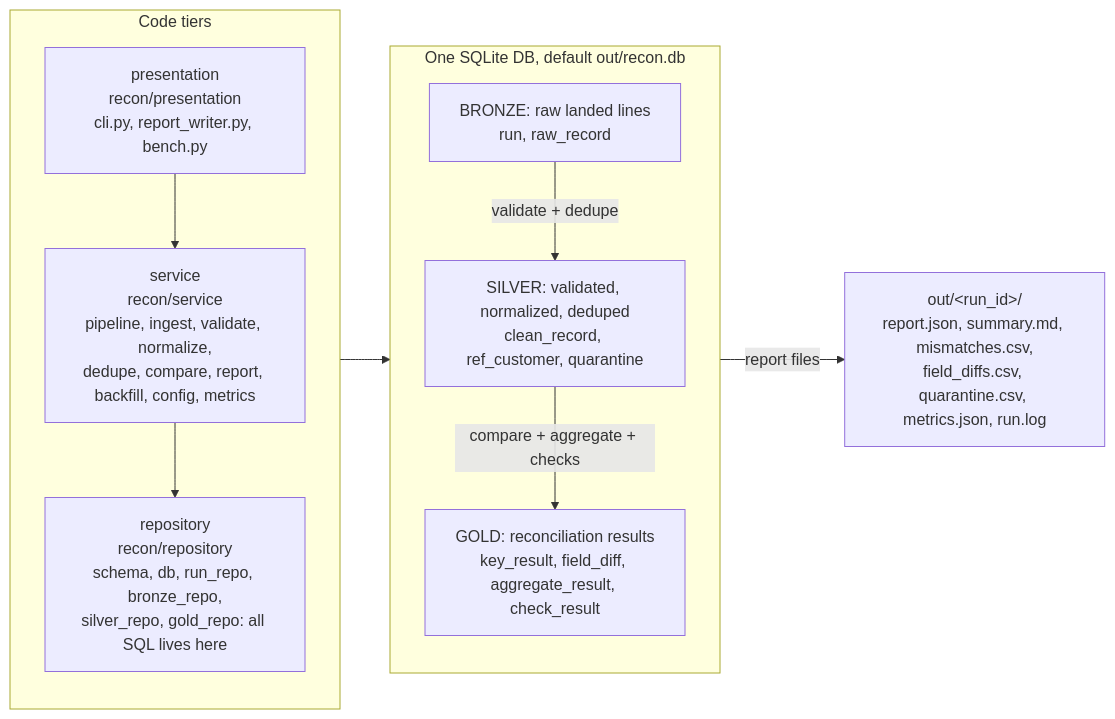
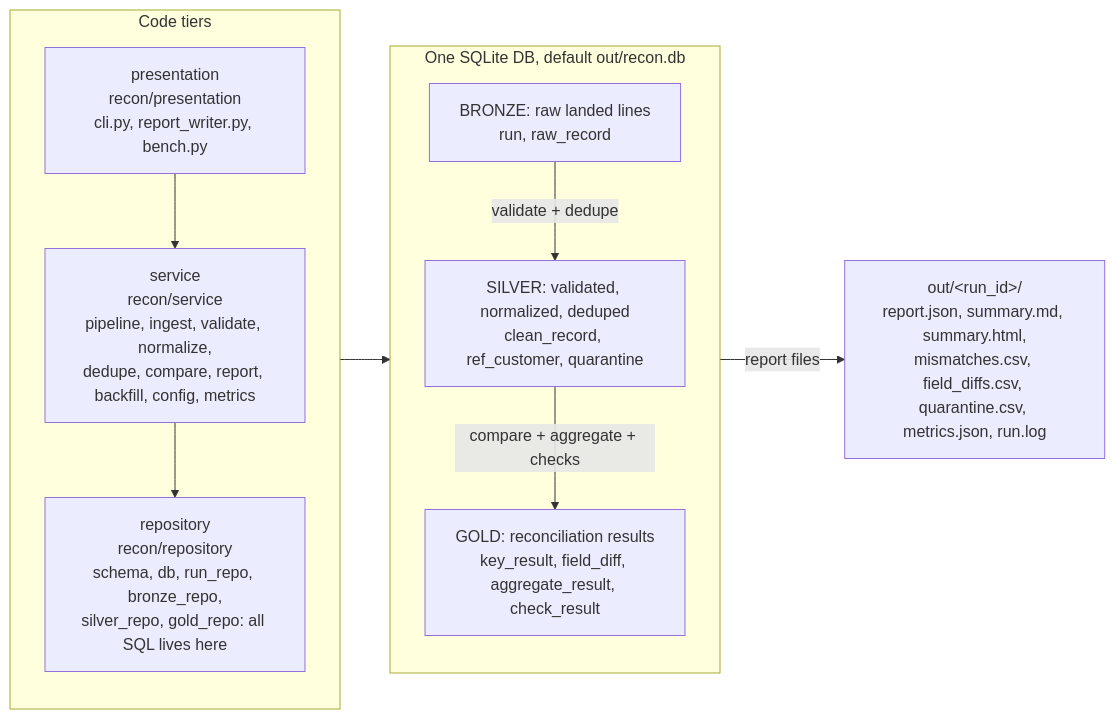
Before and after one commit to risri-odoo/recon-pipeline-dataEngineer-yotta: the diagram in README.md, drawn with Mermaid. The commit also changed other lines of this file and 9 other files, not shown here.

Commit message:
summary.html dashboard + DESIGN/PERFORMANCE doc updates

````diff
--- a/README.md
+++ b/README.md
@@ -30,19 +30,19 @@
 ```mermaid
 flowchart LR
     subgraph CODE[Code tiers]
         direction TB
         P["presentation<br/>recon/presentation<br/>cli.py, report_writer.py, bench.py"]
         SVC["service<br/>recon/service<br/>pipeline, ingest, validate, normalize,<br/>dedupe, compare, report, backfill, config, metrics"]
         REPO["repository<br/>recon/repository<br/>schema, db, run_repo, bronze_repo,<br/>silver_repo, gold_repo: all SQL lives here"]
         P --> SVC --> REPO
     end
     subgraph DB[One SQLite DB, default out/recon.db]
         direction TB
         B["BRONZE: raw landed lines<br/>run, raw_record"]
         S["SILVER: validated, normalized, deduped<br/>clean_record, ref_customer, quarantine"]
         G["GOLD: reconciliation results<br/>key_result, field_diff, aggregate_result, check_result"]
         B -->|validate + dedupe| S -->|compare + aggregate + checks| G
     end
     REPO --> DB
-    G -->|report files| OUT["out/&lt;run_id&gt;/<br/>report.json, summary.md, mismatches.csv,<br/>field_diffs.csv, quarantine.csv, metrics.json, run.log"]
+    G -->|report files| OUT["out/&lt;run_id&gt;/<br/>report.json, summary.md, summary.html,<br/>mismatches.csv, field_diffs.csv, quarantine.csv, metrics.json, run.log"]
 ```
````
